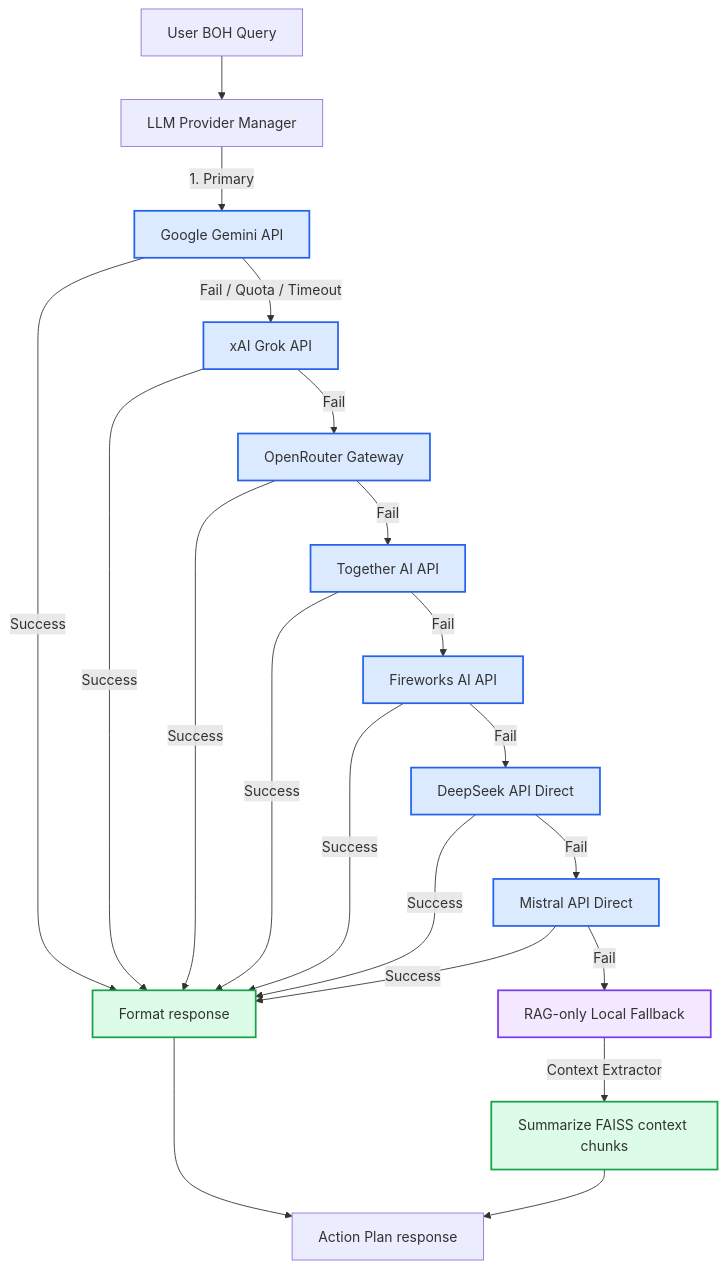
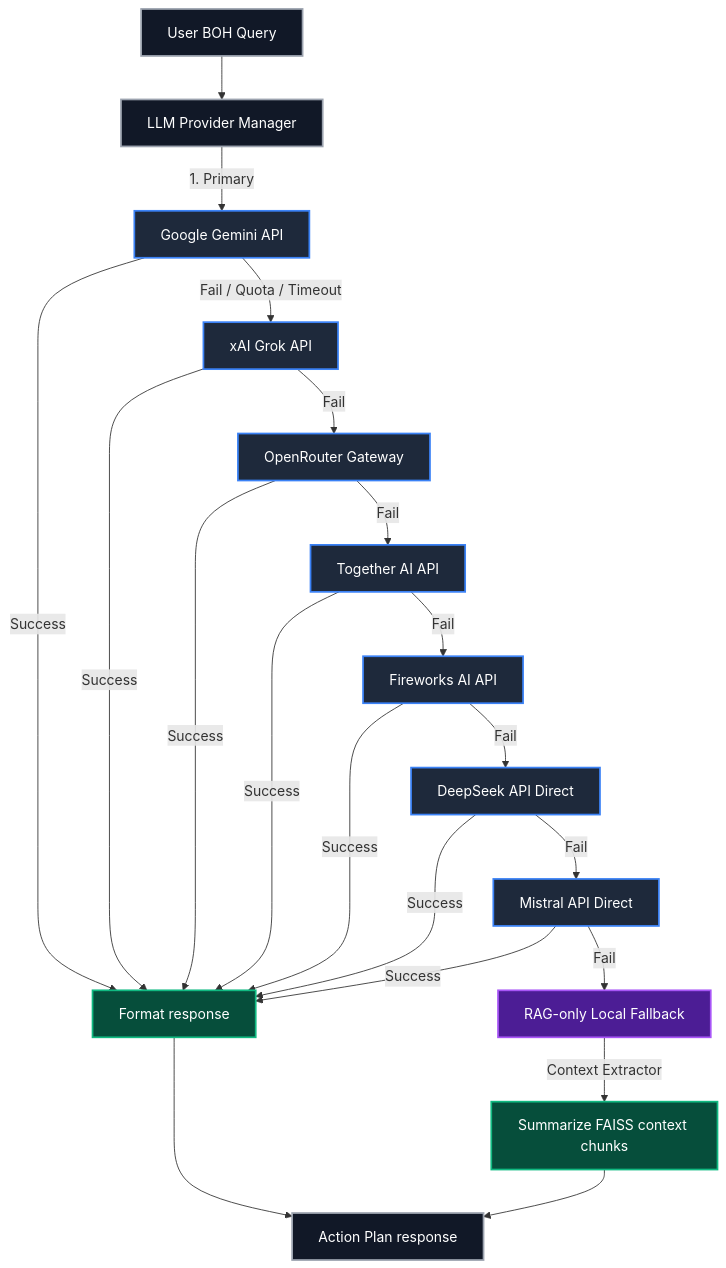
One commit to codenchaoss/pantrypulse changed the third of 3 diagrams in ai-service/README.md. Above: the diagram before and after it, drawn with Mermaid. The commit also changed other lines of this file, not shown here.

````diff
--- a/ai-service/README.md
+++ b/ai-service/README.md
@@ -178,33 +178,34 @@
 ```mermaid
 graph TD
-    classDef ai fill:#dbeafe,stroke:#2563eb,stroke-width:2px;
-    classDef workflow fill:#dcfce7,stroke:#16a34a,stroke-width:2px;
-    classDef output fill:#f3e8ff,stroke:#7c3aed,stroke-width:2px;
+    classDef ai fill:#1e293b,stroke:#3b82f6,stroke-width:2px,color:#ffffff;
+    classDef workflow fill:#064e3b,stroke:#10b981,stroke-width:2px,color:#ffffff;
+    classDef output fill:#4c1d95,stroke:#a855f7,stroke-width:2px,color:#ffffff;
+    classDef default fill:#111827,stroke:#9ca3af,stroke-width:2px,color:#ffffff;
 
-    User[User BOH Query] --> Router[LLM Provider Manager]
+    User[User BOH Query]:::default --> Router[LLM Provider Manager]:::default
     
     Router -->|1. Primary| P1[Google Gemini API]:::ai
     P1 -->|Success| R1[Format response]:::workflow
     P1 -->|Fail / Quota / Timeout| P2[xAI Grok API]:::ai
     
     P2 -->|Success| R1
     P2 -->|Fail| P3[OpenRouter Gateway]:::ai
     
     P3 -->|Success| R1
     P3 -->|Fail| P4[Together AI API]:::ai
     
     P4 -->|Success| R1
     P4 -->|Fail| P5[Fireworks AI API]:::ai
     
     P5 -->|Success| R1
     P5 -->|Fail| P6[DeepSeek API Direct]:::ai
     
     P6 -->|Success| R1
     P6 -->|Fail| P7[Mistral API Direct]:::ai
     
     P7 -->|Success| R1
     P7 -->|Fail| P8[RAG-only Local Fallback]:::output
     
     P8 -->|Context Extractor| R2[Summarize FAISS context chunks]:::workflow
-    R1 & R2 --> Output[Action Plan response]
+    R1 & R2 --> Output[Action Plan response]:::default
 ```
````
